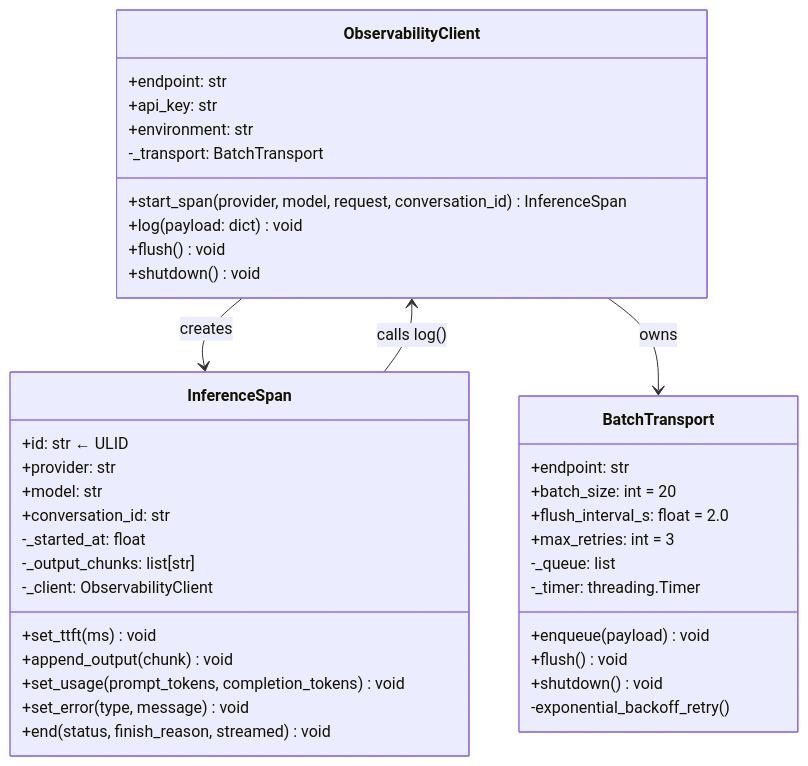
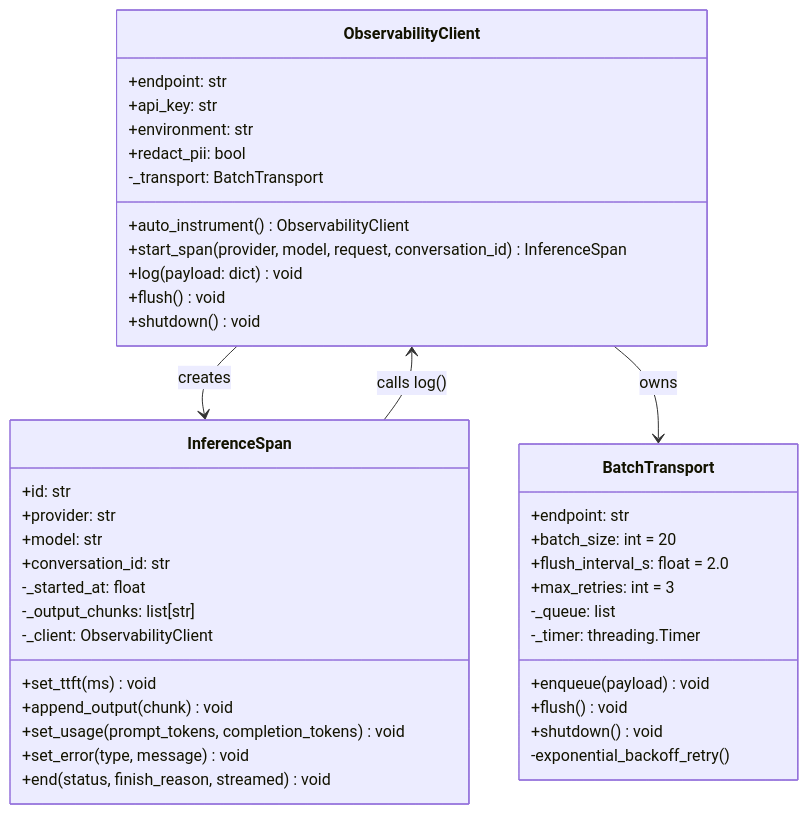
The fourth of 10 diagrams in ARCHITECTURE.md (repanareddysekhar/chatbot-llm-observability), drawn with Mermaid before and after one commit. The commit also changed other lines of this file and 1 other file, not shown here.

````diff
--- a/ARCHITECTURE.md
+++ b/ARCHITECTURE.md
@@ -321,45 +334,47 @@
 ```mermaid
 classDiagram
     class ObservabilityClient {
         +endpoint: str
         +api_key: str
         +environment: str
+        +redact_pii: bool
+        +auto_instrument() ObservabilityClient
         +start_span(provider, model, request, conversation_id) InferenceSpan
         +log(payload: dict) void
         +flush() void
         +shutdown() void
         -_transport: BatchTransport
     }
 
     class InferenceSpan {
-        +id: str  ← ULID
+        +id: str
         +provider: str
         +model: str
         +conversation_id: str
         +set_ttft(ms) void
         +append_output(chunk) void
         +set_usage(prompt_tokens, completion_tokens) void
         +set_error(type, message) void
         +end(status, finish_reason, streamed) void
         -_started_at: float
         -_output_chunks: list[str]
         -_client: ObservabilityClient
     }
 
     class BatchTransport {
         +endpoint: str
         +batch_size: int = 20
         +flush_interval_s: float = 2.0
         +max_retries: int = 3
         +enqueue(payload) void
         +flush() void
         +shutdown() void
         -_queue: list
         -_timer: threading.Timer
         -exponential_backoff_retry()
     }
 
     ObservabilityClient --> InferenceSpan : creates
     ObservabilityClient --> BatchTransport : owns
     InferenceSpan --> ObservabilityClient : calls log()
 ```
````
